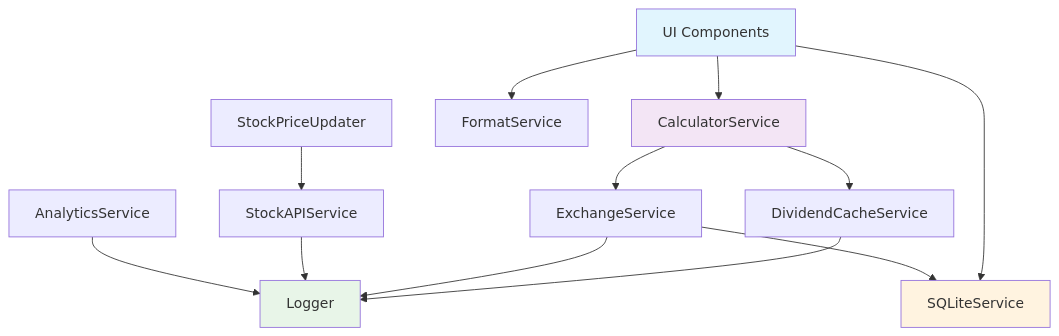
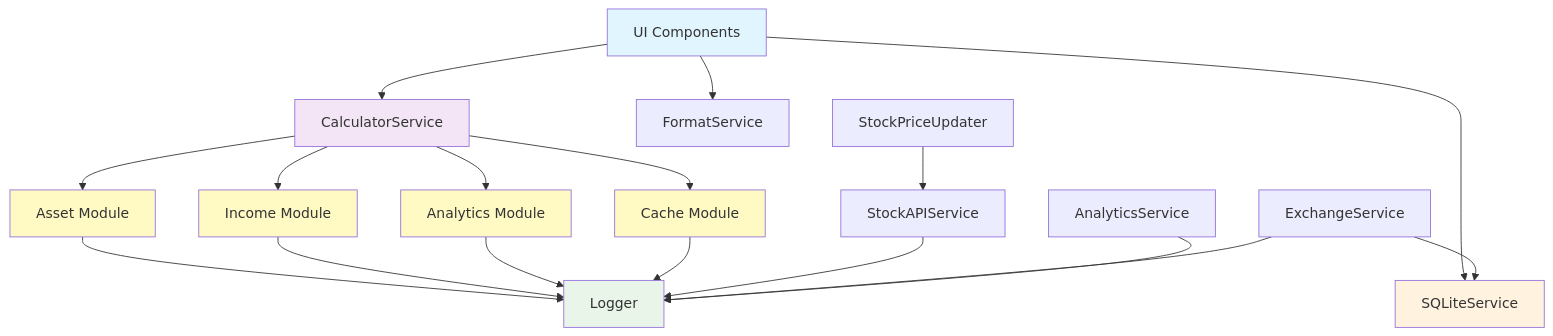
One commit to ChristianScheub/Typescript_PassivIncomeCalculator changed the second of 3 diagrams in src/service/README.md. Above: the diagram before and after it, drawn with Mermaid. The commit also changed other lines of this file and 35 other files, not shown here.

````diff
--- a/src/service/README.md
+++ b/src/service/README.md
@@ -151,23 +275,33 @@
 ```mermaid
 flowchart TD
     A[UI Components] --> B[CalculatorService]
     A --> C[FormatService]
     A --> D[SQLiteService]
     
-    B --> E[DividendCacheService]
-    B --> F[ExchangeService]
+    B --> E[Asset Module]
+    B --> F[Income Module]
+    B --> G[Analytics Module]
+    B --> H[Cache Module]
     
-    E --> G[Logger]
-    F --> D
-    F --> G
+    E --> I[Logger]
+    F --> I
+    G --> I
+    H --> I
     
-    H[StockPriceUpdater] --> I[StockAPIService]
-    I --> G
+    J[StockPriceUpdater] --> K[StockAPIService]
+    K --> I
     
-    J[AnalyticsService] --> G
+    L[ExchangeService] --> D
+    L --> I
+    
+    M[AnalyticsService] --> I
     
     style A fill:#e1f5fe
     style B fill:#f3e5f5
     style D fill:#fff3e0
-    style G fill:#e8f5e8
+    style I fill:#e8f5e8
+    style E fill:#fff9c4
+    style F fill:#fff9c4
+    style G fill:#fff9c4
+    style H fill:#fff9c4
 ```
````
